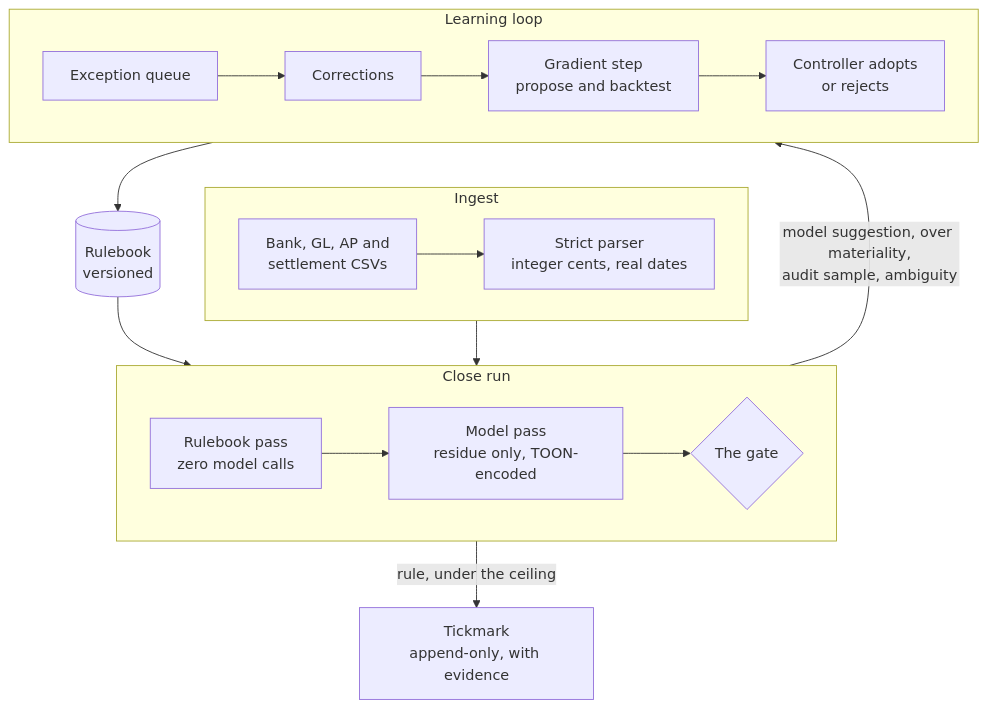
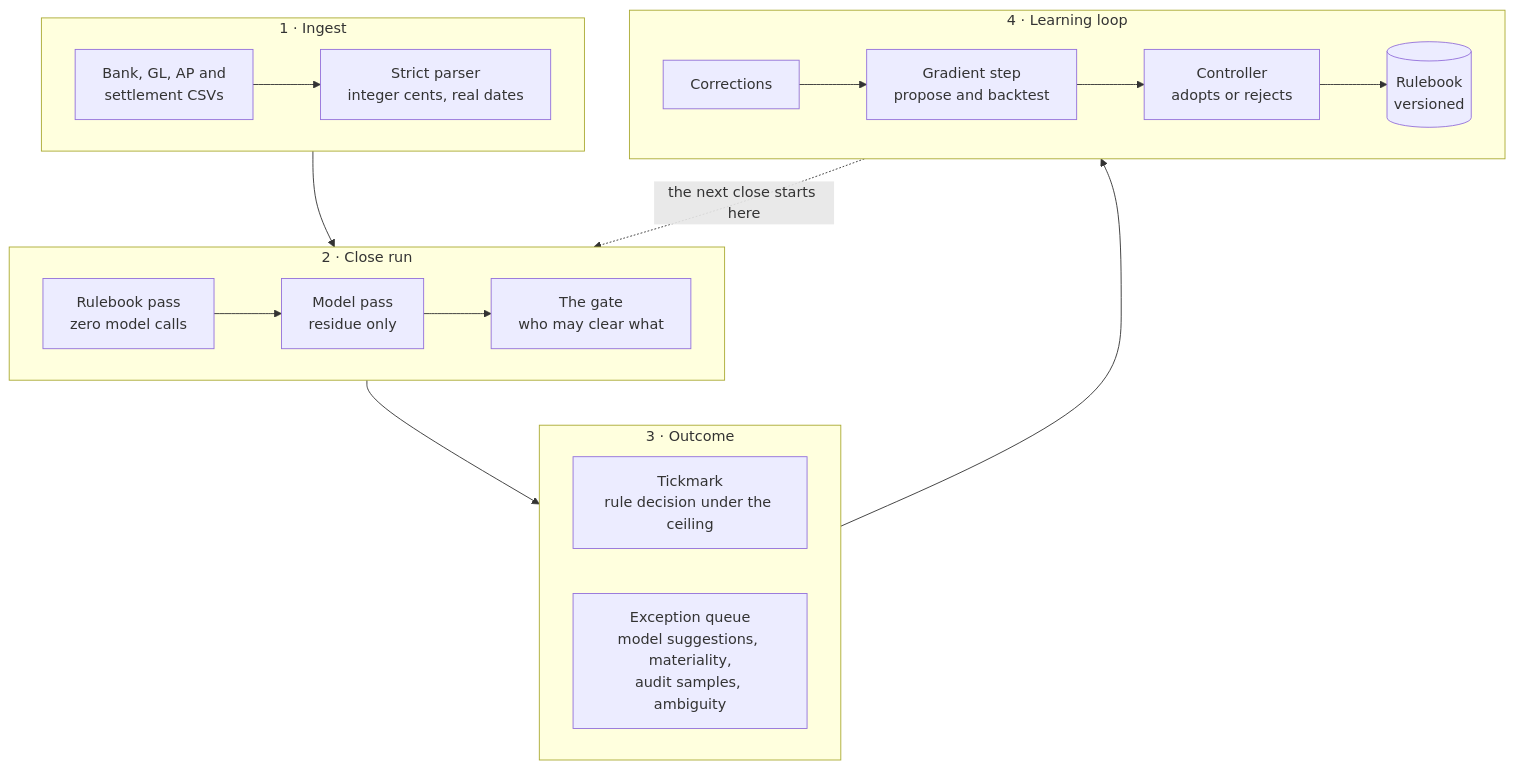
One commit to taranggoyal70/tickmark changed the diagram in README.md. Above: the diagram before and after it, drawn with Mermaid.

Commit message:
docs(readme): keep the architecture diagram's stages left to right

````diff
--- a/README.md
+++ b/README.md
@@ -162,23 +162,22 @@
 ```mermaid
 flowchart TB
-  subgraph In["Ingest"]
+  subgraph In["1 · Ingest"]
     direction LR
     CSV["Bank, GL, AP and<br>settlement CSVs"] --> Parse["Strict parser<br>integer cents, real dates"]
   end
-  subgraph Close["Close run"]
+  subgraph Close["2 · Close run"]
     direction LR
-    Rules["Rulebook pass<br>zero model calls"] --> Model["Model pass<br>residue only, TOON-encoded"]
-    Model --> Gate{"The gate"}
+    Rules["Rulebook pass<br>zero model calls"] --> Model["Model pass<br>residue only"] --> Gate["The gate<br>who may clear what"]
   end
-  subgraph Learn["Learning loop"]
+  subgraph Out["3 · Outcome"]
     direction LR
-    Queue["Exception queue"] --> Corr["Corrections"]
-    Corr --> Grad["Gradient step<br>propose and backtest"]
-    Grad --> Human["Controller adopts<br>or rejects"]
+    Tick["Tickmark<br>rule decision under the ceiling"]
+    Queue["Exception queue<br>model suggestions, materiality,<br>audit samples, ambiguity"]
   end
-  In --> Close
-  Gate -- "rule, under the ceiling" --> Tick["Tickmark<br>append-only, with evidence"]
-  Gate -- "model suggestion, over materiality,<br>audit sample, ambiguity" --> Queue
-  Human --> Rulebook[("Rulebook<br>versioned")]
-  Rulebook --> Rules
+  subgraph Learn["4 · Learning loop"]
+    direction LR
+    Corr["Corrections"] --> Grad["Gradient step<br>propose and backtest"] --> Human["Controller<br>adopts or rejects"] --> Book[("Rulebook<br>versioned")]
+  end
+  In --> Close --> Out --> Learn
+  Learn -. "the next close starts here" .-> Close
 ```
````
